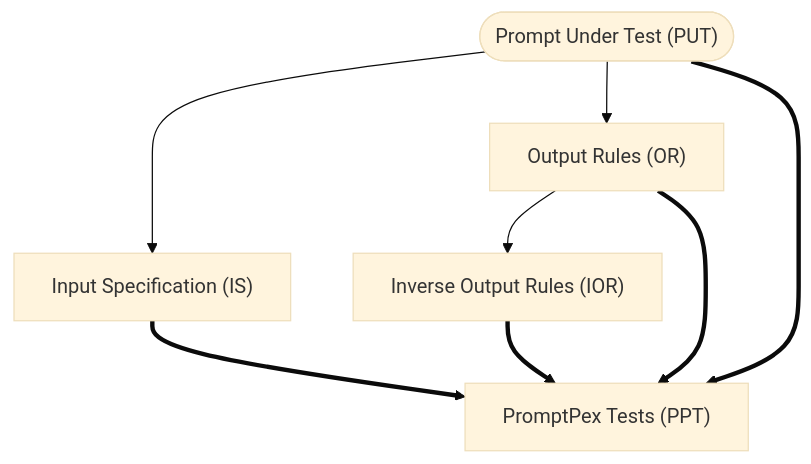
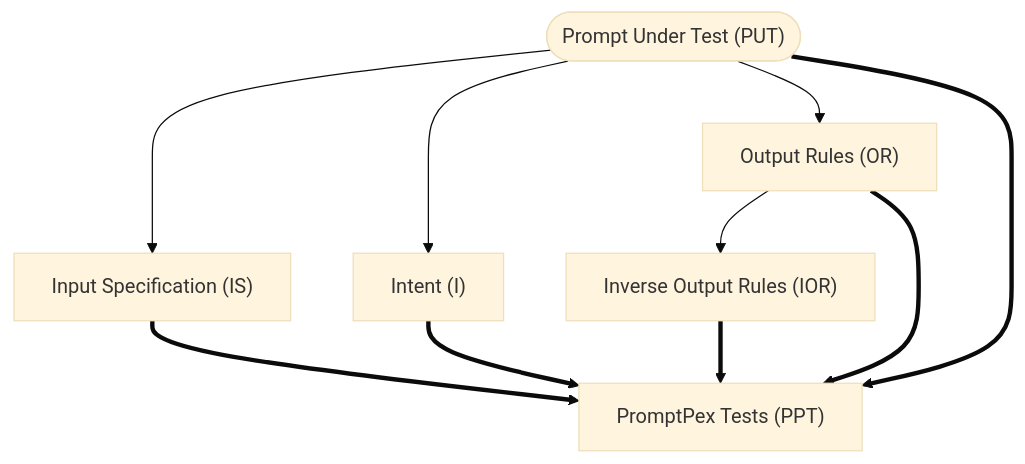
The diagram in README.md (github/gh-models), drawn with Mermaid (base theme) before and after one commit.

Commit message:
Add Intent node to PromptPex mermaid diagram for clarity in output rules

````diff
--- a/README.md
+++ b/README.md
@@ -134,16 +134,19 @@
 ```mermaid
 graph TD
     PUT(["Prompt Under Test (PUT)"])
+    I["Intent (I)"]
     IS["Input Specification (IS)"]
     OR["Output Rules (OR)"]
     IOR["Inverse Output Rules (IOR)"]
     PPT["PromptPex Tests (PPT)"]
 
     PUT --> IS
+    PUT --> I
     PUT --> OR
     OR --> IOR
+    I ==> PPT
     IS ==> PPT
     OR ==> PPT
     PUT ==> PPT
     IOR ==> PPT
 ```  
````
